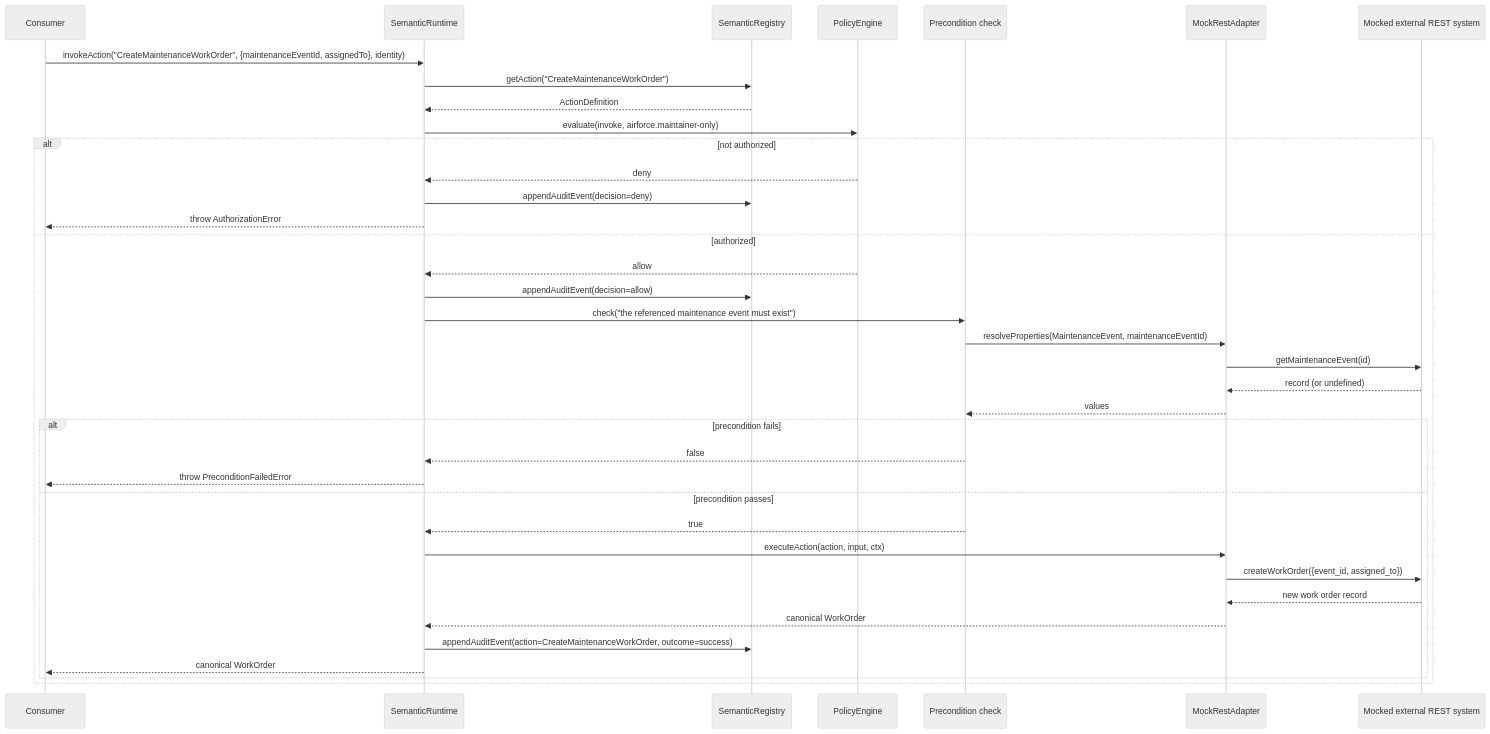
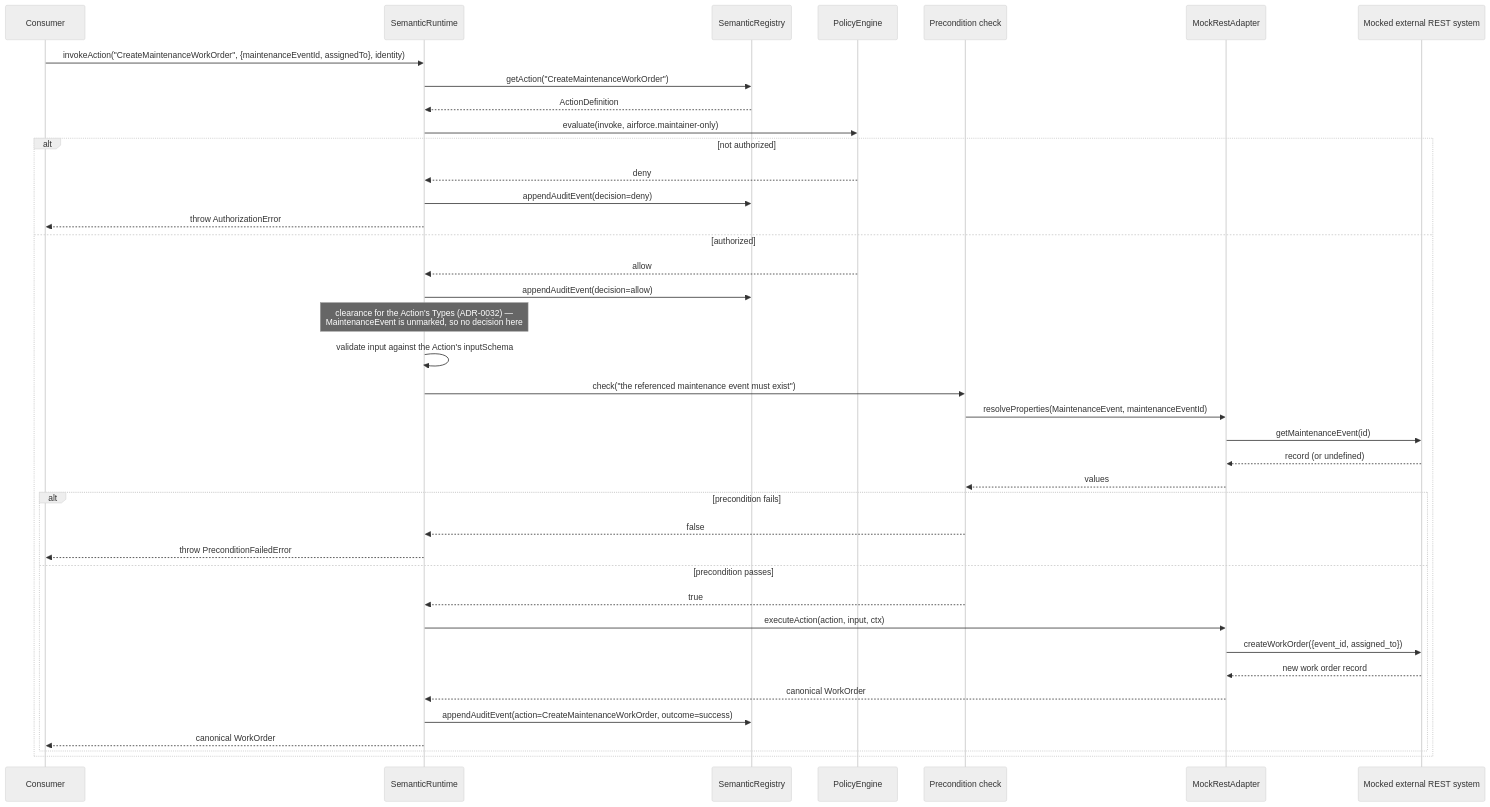
The sixth of 6 diagrams in docs/architecture.md (marlinspike/TypeSystem), drawn with Mermaid (neutral theme) before and after one commit. The commit also changed other lines of this file and 9 other files, not shown here.

````diff
--- a/docs/architecture.md
+++ b/docs/architecture.md
@@ -414,40 +431,42 @@
 ```mermaid
 sequenceDiagram
     participant C as Consumer
     participant RT as SemanticRuntime
     participant REG as SemanticRegistry
     participant PE as PolicyEngine
     participant PRE as Precondition check
     participant REST as MockRestAdapter
     participant EXT as Mocked external REST system
 
     C->>RT: invokeAction("CreateMaintenanceWorkOrder", {maintenanceEventId, assignedTo}, identity)
     RT->>REG: getAction("CreateMaintenanceWorkOrder")
     REG-->>RT: ActionDefinition
     RT->>PE: evaluate(invoke, airforce.maintainer-only)
     alt not authorized
         PE-->>RT: deny
         RT->>REG: appendAuditEvent(decision=deny)
         RT-->>C: throw AuthorizationError
     else authorized
         PE-->>RT: allow
         RT->>REG: appendAuditEvent(decision=allow)
+        Note over RT: clearance for the Action's Types (ADR-0032) —<br/>MaintenanceEvent is unmarked, so no decision here
+        RT->>RT: validate input against the Action's inputSchema
         RT->>PRE: check("the referenced maintenance event must exist")
         PRE->>REST: resolveProperties(MaintenanceEvent, maintenanceEventId)
         REST->>EXT: getMaintenanceEvent(id)
         EXT-->>REST: record (or undefined)
         REST-->>PRE: values
         alt precondition fails
             PRE-->>RT: false
             RT-->>C: throw PreconditionFailedError
         else precondition passes
             PRE-->>RT: true
             RT->>REST: executeAction(action, input, ctx)
             REST->>EXT: createWorkOrder({event_id, assigned_to})
             EXT-->>REST: new work order record
             REST-->>RT: canonical WorkOrder
             RT->>REG: appendAuditEvent(action=CreateMaintenanceWorkOrder, outcome=success)
             RT-->>C: canonical WorkOrder
         end
     end
 ```
````
